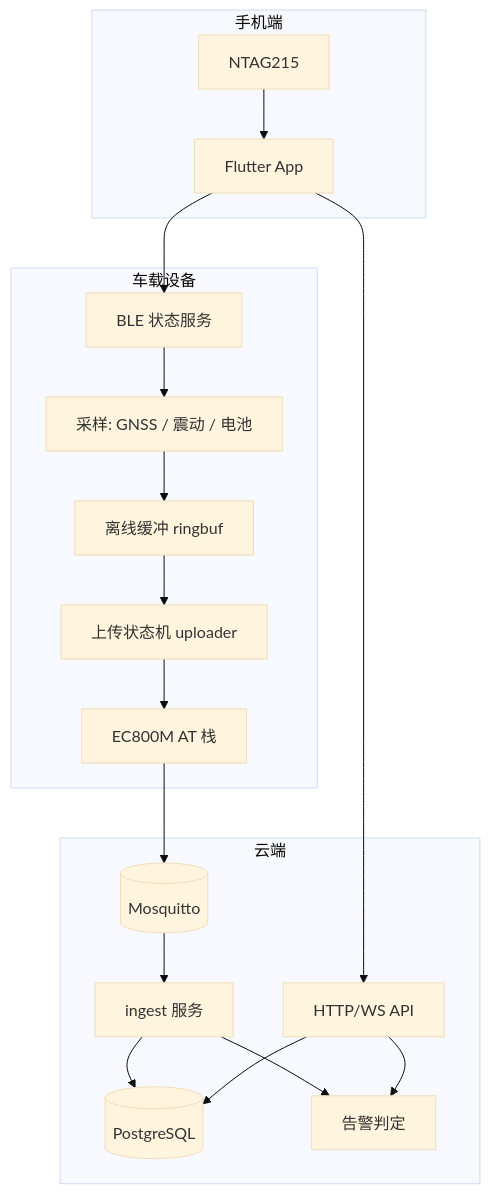
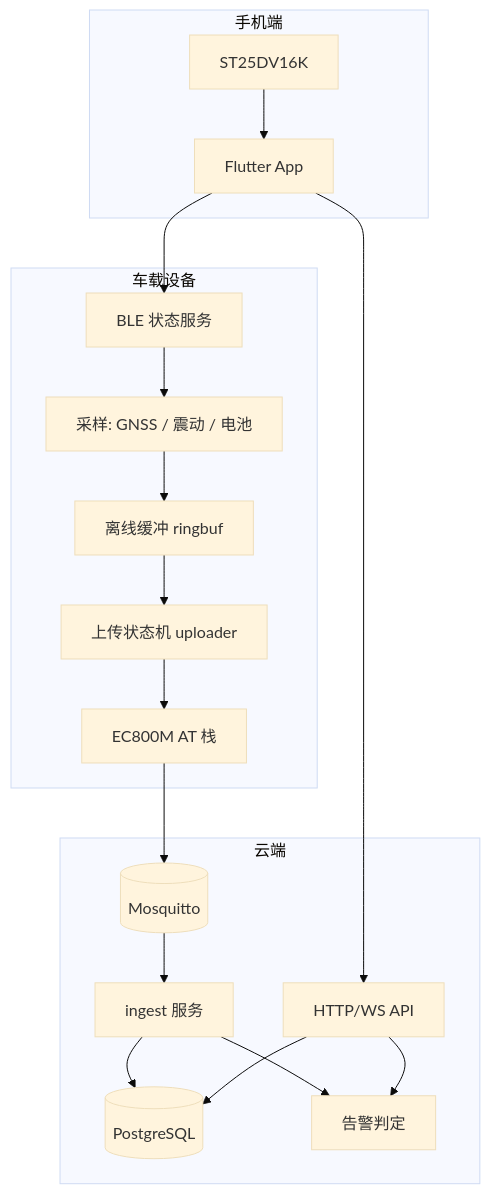
Before and after one commit to bycicle-locating/bycicle-locating: the diagram in docs/architecture.md, drawn with Mermaid (base theme). The commit also changed other lines of this file and 22 other files, not shown here.

````diff
--- a/docs/architecture.md
+++ b/docs/architecture.md
@@ -21,22 +21,22 @@
 ```mermaid
 flowchart TB
   subgraph device[车载设备]
     SENSE[采样: GNSS / 震动 / 电池] --> BUF[离线缓冲 ringbuf]
     BUF --> UP[上传状态机 uploader]
     UP --> MODEM[EC800M AT 栈]
     BLE[BLE 状态服务] --> SENSE
   end
   subgraph cloud[云端]
     MODEM --> BROKER[(Mosquitto)]
     BROKER --> ING[ingest 服务]
     ING --> STORE[(PostgreSQL)]
     ING --> ALERT[告警判定]
     API[HTTP/WS API] --> STORE
     API --> ALERT
   end
   subgraph mobile[手机端]
     APP[Flutter App] --> API
     APP --> BLE
-    NFC[NTAG215] --> APP
+    NFC[ST25DV16K] --> APP
   end
 ```
````
